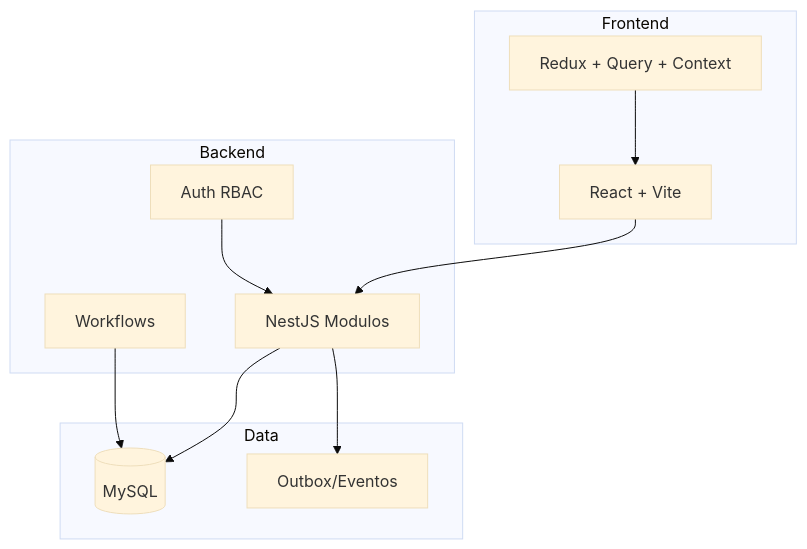
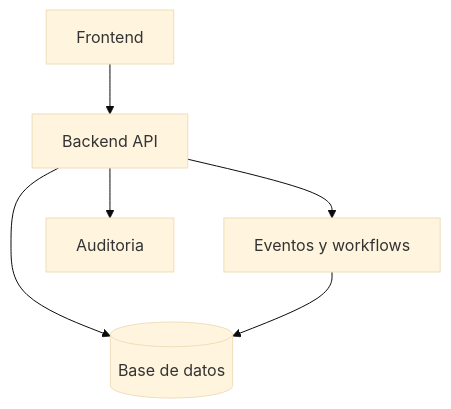
Before and after one commit to Robertoart13/NewKipital: the diagram in docs/04-arquitectura/ARQUITECTURA-GOBIERNO-CONSOLIDADO.md, drawn with Mermaid (base theme). The commit also changed other lines of this file and 119 other files, not shown here.

````diff
--- a/docs/04-arquitectura/ARQUITECTURA-GOBIERNO-CONSOLIDADO.md
+++ b/docs/04-arquitectura/ARQUITECTURA-GOBIERNO-CONSOLIDADO.md
@@ -8,25 +13,8 @@
 ```mermaid
 flowchart TB
-  subgraph Frontend
-    FE[React + Vite]
-    ST[Redux + Query + Context]
-  end
-
-  subgraph Backend
-    API[NestJS Modulos]
-    WF[Workflows]
-    RBAC[Auth RBAC]
-  end
-
-  subgraph Data
-    DB[(MySQL)]
-    OUT[Outbox/Eventos]
-  end
-
-  FE --> API
-  ST --> FE
-  API --> DB
-  API --> OUT
-  WF --> DB
-  RBAC --> API
+  FE[Frontend] --> API[Backend API]
+  API --> DB[(Base de datos)]
+  API --> EV[Eventos y workflows]
+  EV --> DB
+  API --> AUD[Auditoria]
 ```
````
